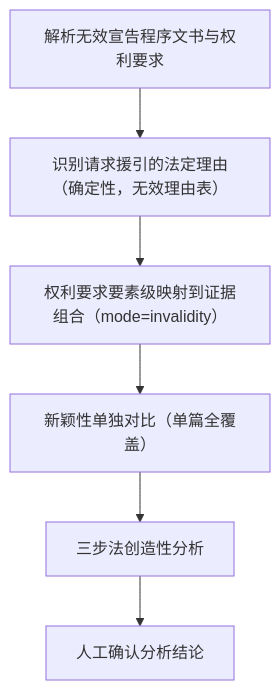
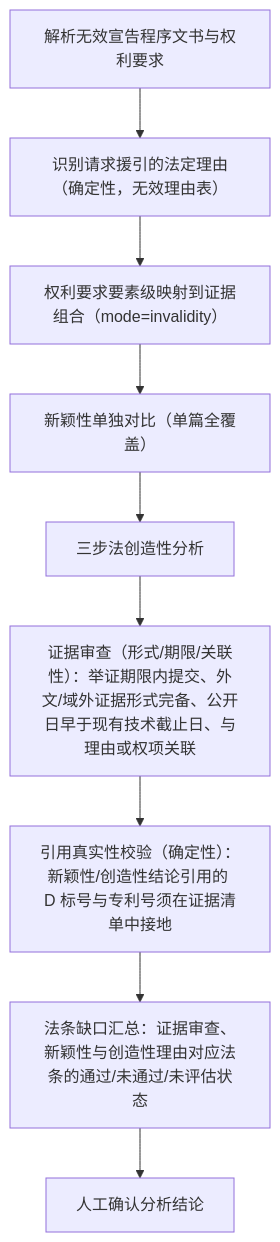
The diagram in snapshots/session/patent-invalidation/workspace.expected/data/cases/CN2024-0002/workflow-runs/CN2024-0002__patent_invalidation_v1.mmd (xujian519/deepseek-harness), drawn with Mermaid before and after one commit. The commit also changed 115 other files, not shown here.

```diff
--- a/snapshots/session/patent-invalidation/workspace.expected/data/cases/CN2024-0002/workflow-runs/CN2024-0002__patent_invalidation_v1.mmd
+++ b/snapshots/session/patent-invalidation/workspace.expected/data/cases/CN2024-0002/workflow-runs/CN2024-0002__patent_invalidation_v1.mmd
@@ -1,12 +1,18 @@
 flowchart TD
   parse["解析无效宣告程序文书与权利要求"]
   grounds["识别请求援引的法定理由（确定性，无效理由表）"]
   claim-chart["权利要求要素级映射到证据组合（mode=invalidity）"]
   novelty["新颖性单独对比（单篇全覆盖）"]
   inventiveness["三步法创造性分析"]
+  evidence-check["证据审查（形式/期限/关联性）：举证期限内提交、外文/域外证据形式完备、公开日早于现有技术截止日、与理由或权项关联"]
+  citation-check["引用真实性校验（确定性）：新颖性/创造性结论引用的 D 标号与专利号须在证据清单中接地"]
+  legal_gaps["法条缺口汇总：证据审查、新颖性与创造性理由对应法条的通过/未通过/未评估状态"]
   approval["人工确认分析结论"]
   parse --> grounds
   grounds --> claim-chart
   claim-chart --> novelty
   novelty --> inventiveness
-  inventiveness --> approval
+  inventiveness --> evidence-check
+  evidence-check --> citation-check
+  citation-check --> legal_gaps
+  legal_gaps --> approval
```
